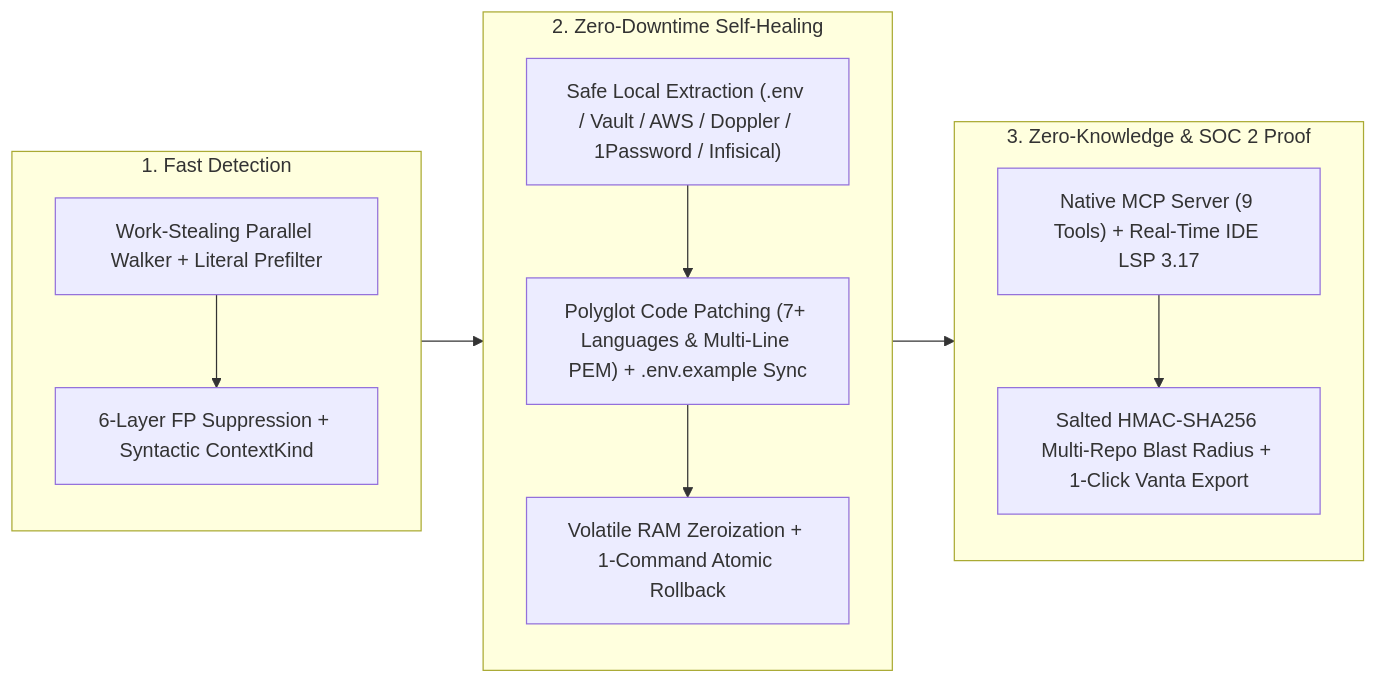
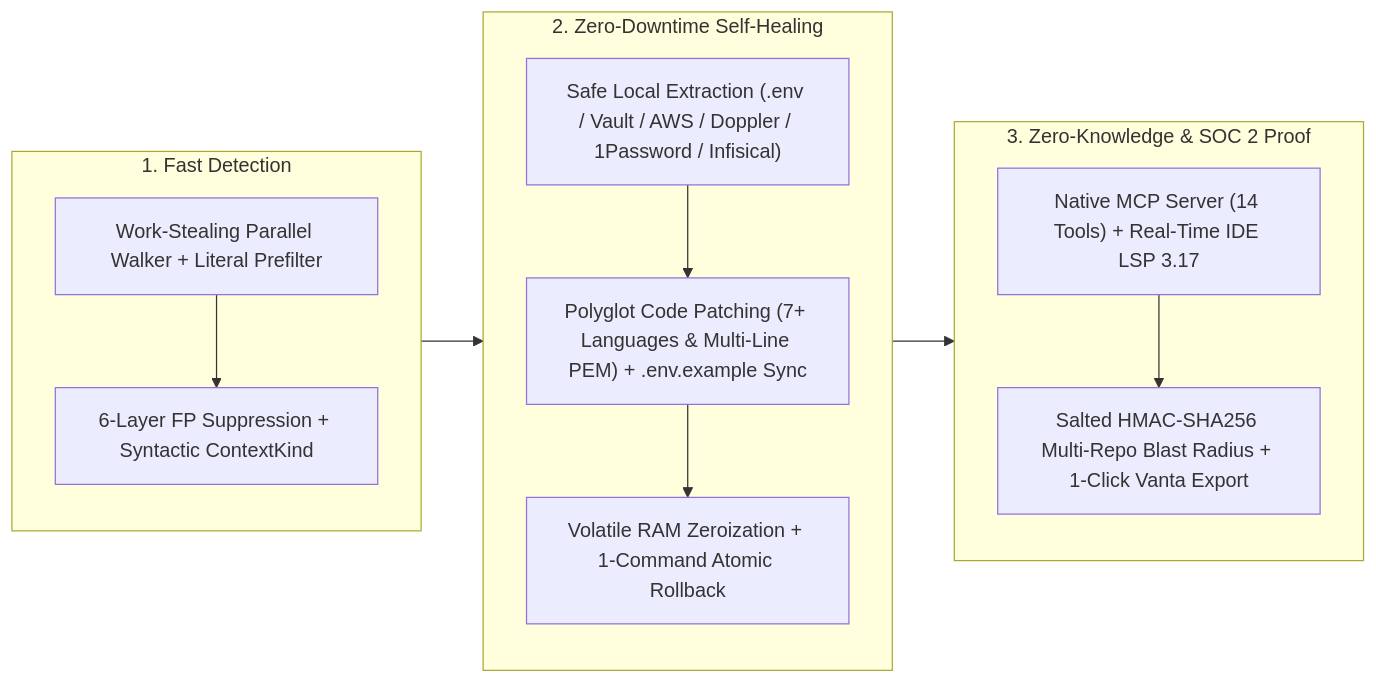
One commit to Bharath-code/sentris changed the diagram in README.md. Above: the diagram before and after it, drawn with Mermaid. The commit also changed other lines of this file and 16 other files, not shown here.

````diff
--- a/README.md
+++ b/README.md
@@ -60,23 +60,23 @@
 ```mermaid
 flowchart LR
     subgraph Detect["1. Fast Detection"]
         A["Work-Stealing Parallel Walker + Literal Prefilter"]
         B["6-Layer FP Suppression + Syntactic ContextKind"]
         A --> B
     end
 
     subgraph Remediate["2. Zero-Downtime Self-Healing"]
         C["Safe Local Extraction (.env / Vault / AWS / Doppler / 1Password / Infisical)"]
         D["Polyglot Code Patching (7+ Languages & Multi-Line PEM) + .env.example Sync"]
         E["Volatile RAM Zeroization + 1-Command Atomic Rollback"]
         C --> D --> E
     end
 
     subgraph Govern["3. Zero-Knowledge & SOC 2 Proof"]
-        F["Native MCP Server (9 Tools) + Real-Time IDE LSP 3.17"]
+        F["Native MCP Server (14 Tools) + Real-Time IDE LSP 3.17"]
         G["Salted HMAC-SHA256 Multi-Repo Blast Radius + 1-Click Vanta Export"]
         F --> G
     end
 
     Detect --> Remediate --> Govern
 ```
````
